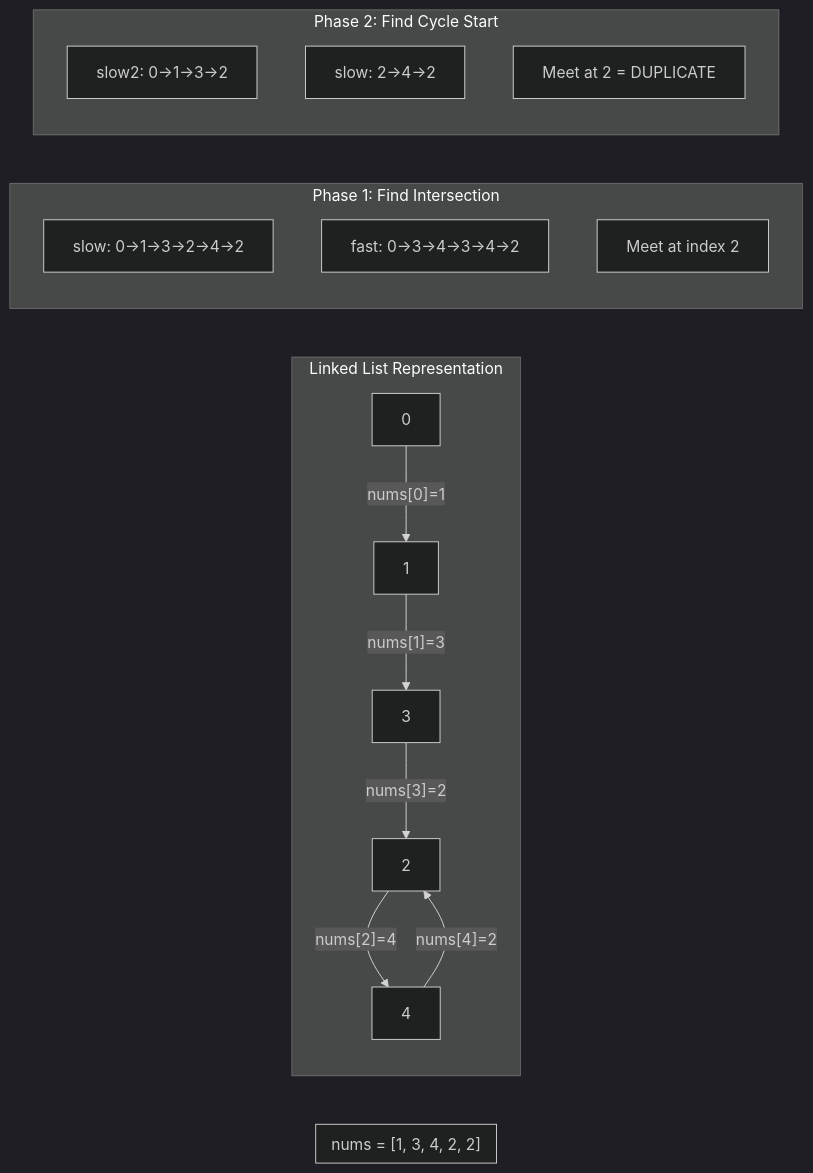
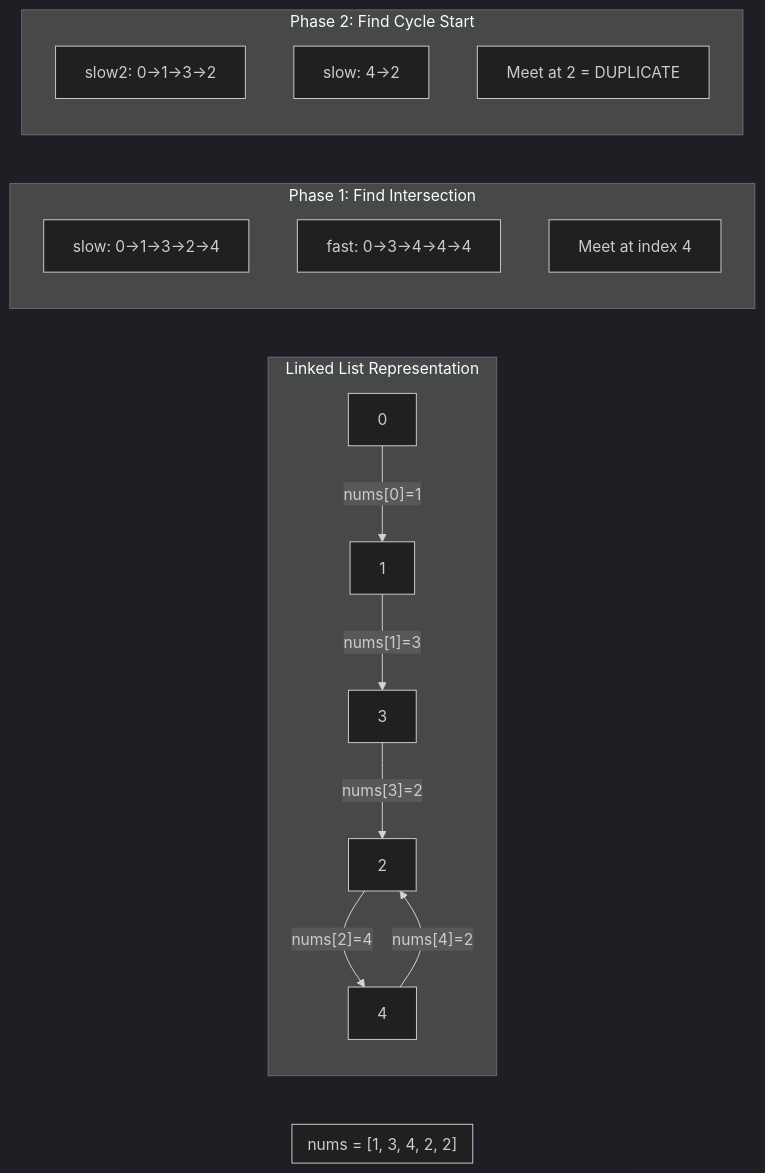
Before and after one commit to AbhinaavRamesh/handbook: the second of 4 diagrams in docs/sde-coding/searching-sorting/kmessed-duplicates.md, drawn with Mermaid (dark theme). The commit also changed 72 other files, not shown here.

````diff
--- a/docs/sde-coding/searching-sorting/kmessed-duplicates.md
+++ b/docs/sde-coding/searching-sorting/kmessed-duplicates.md
@@ -254,26 +254,26 @@
 ```mermaid
 flowchart LR
     subgraph Array["nums = [1, 3, 4, 2, 2]"]
         direction LR
     end
 
     subgraph LinkedList["Linked List Representation"]
         N0["0"] -->|"nums[0]=1"| N1["1"]
         N1 -->|"nums[1]=3"| N3["3"]
         N3 -->|"nums[3]=2"| N2["2"]
         N2 -->|"nums[2]=4"| N4["4"]
         N4 -->|"nums[4]=2"| N2
     end
 
     subgraph Phase1["Phase 1: Find Intersection"]
-        P1["slow: 0->1->3->2->4->2"]
-        P2["fast: 0->3->4->3->4->2"]
-        P3["Meet at index 2"]
+        P1["slow: 0->1->3->2->4"]
+        P2["fast: 0->3->4->4->4"]
+        P3["Meet at index 4"]
     end
 
     subgraph Phase2["Phase 2: Find Cycle Start"]
         P4["slow2: 0->1->3->2"]
-        P5["slow:  2->4->2"]
+        P5["slow:  4->2"]
         P6["Meet at 2 = DUPLICATE"]
     end
 ```
````
